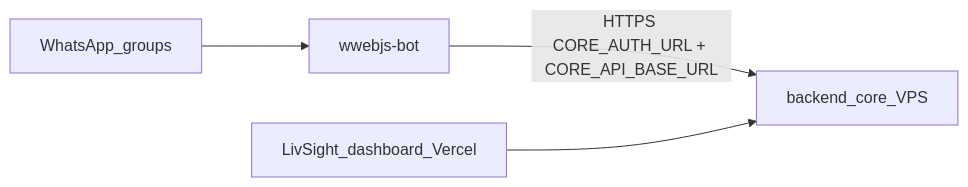
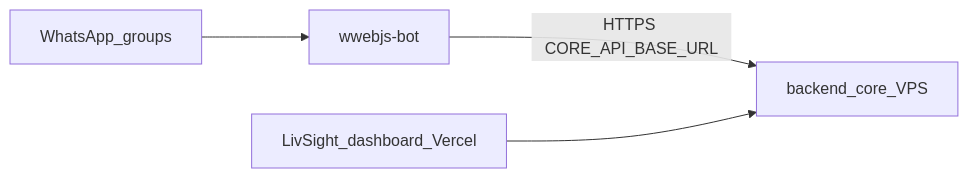
The diagram in README.md (Ericdt17/serviceWhatsapp), drawn with Mermaid before and after one commit. The commit also changed 9 other files, not shown here.

First line of the commit message:
Support gateway-only core mode without local DATABASE_URL.

````diff
--- a/README.md
+++ b/README.md
@@ -11,11 +11,11 @@
 ```mermaid
 flowchart LR
   WhatsApp[WhatsApp_groups]
   Bot[wwebjs-bot]
   Core[backend_core_VPS]
   Dashboard[LivSight_dashboard_Vercel]
 
   WhatsApp --> Bot
-  Bot -->|HTTPS CORE_AUTH_URL + CORE_API_BASE_URL| Core
+  Bot -->|HTTPS CORE_API_BASE_URL| Core
   Dashboard --> Core
 ```
````
